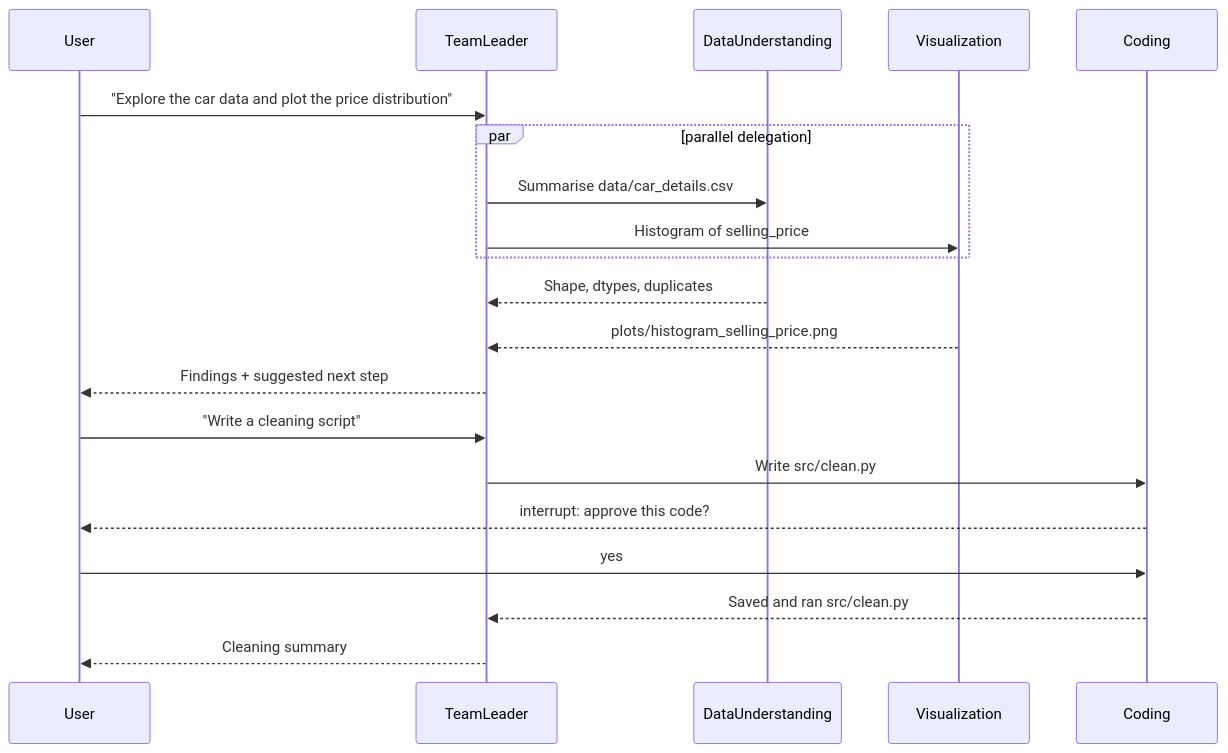
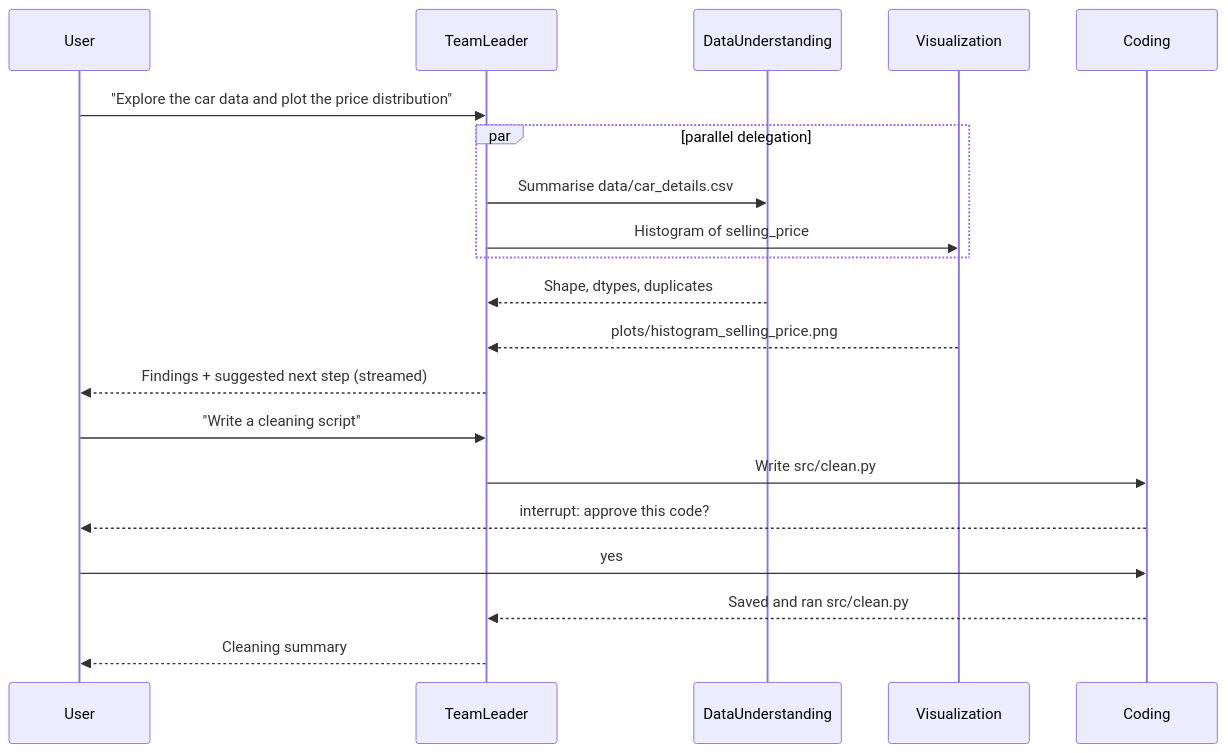
The second of 2 diagrams in README.md (goutham84/multi-agent-data-science-team), drawn with Mermaid before and after one commit. The commit also changed other lines of this file and 24 other files, not shown here.

````diff
--- a/README.md
+++ b/README.md
@@ -98,23 +94,23 @@
 ```mermaid
 sequenceDiagram
     participant User
     participant TeamLeader
     participant DataUnderstanding
     participant Visualization
     participant Coding
 
     User->>TeamLeader: "Explore the car data and plot the price distribution"
     par parallel delegation
         TeamLeader->>DataUnderstanding: Summarise data/car_details.csv
         TeamLeader->>Visualization: Histogram of selling_price
     end
     DataUnderstanding-->>TeamLeader: Shape, dtypes, duplicates
     Visualization-->>TeamLeader: plots/histogram_selling_price.png
-    TeamLeader-->>User: Findings + suggested next step
+    TeamLeader-->>User: Findings + suggested next step (streamed)
     User->>TeamLeader: "Write a cleaning script"
     TeamLeader->>Coding: Write src/clean.py
     Coding-->>User: interrupt: approve this code?
     User->>Coding: yes
     Coding-->>TeamLeader: Saved and ran src/clean.py
     TeamLeader-->>User: Cleaning summary
 ```
````
